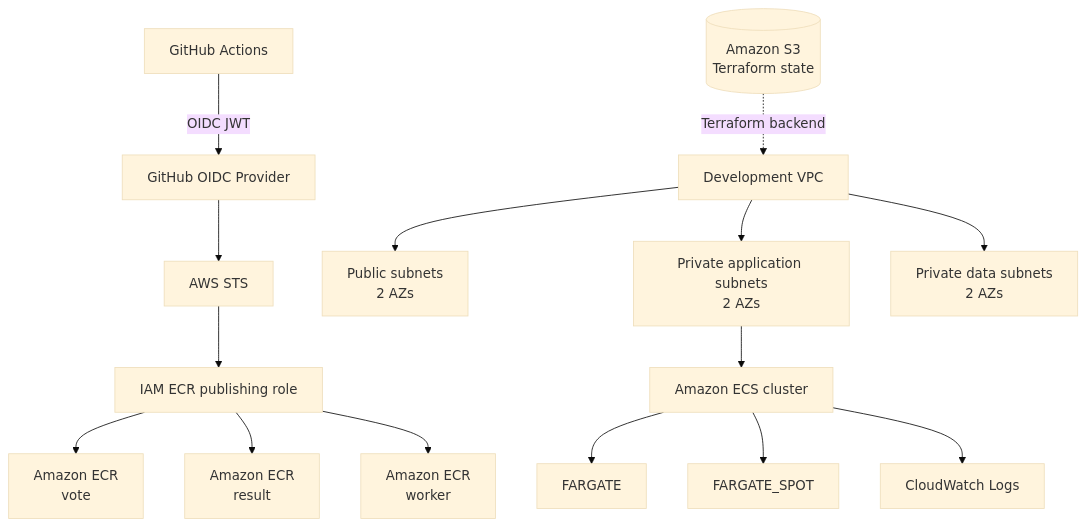
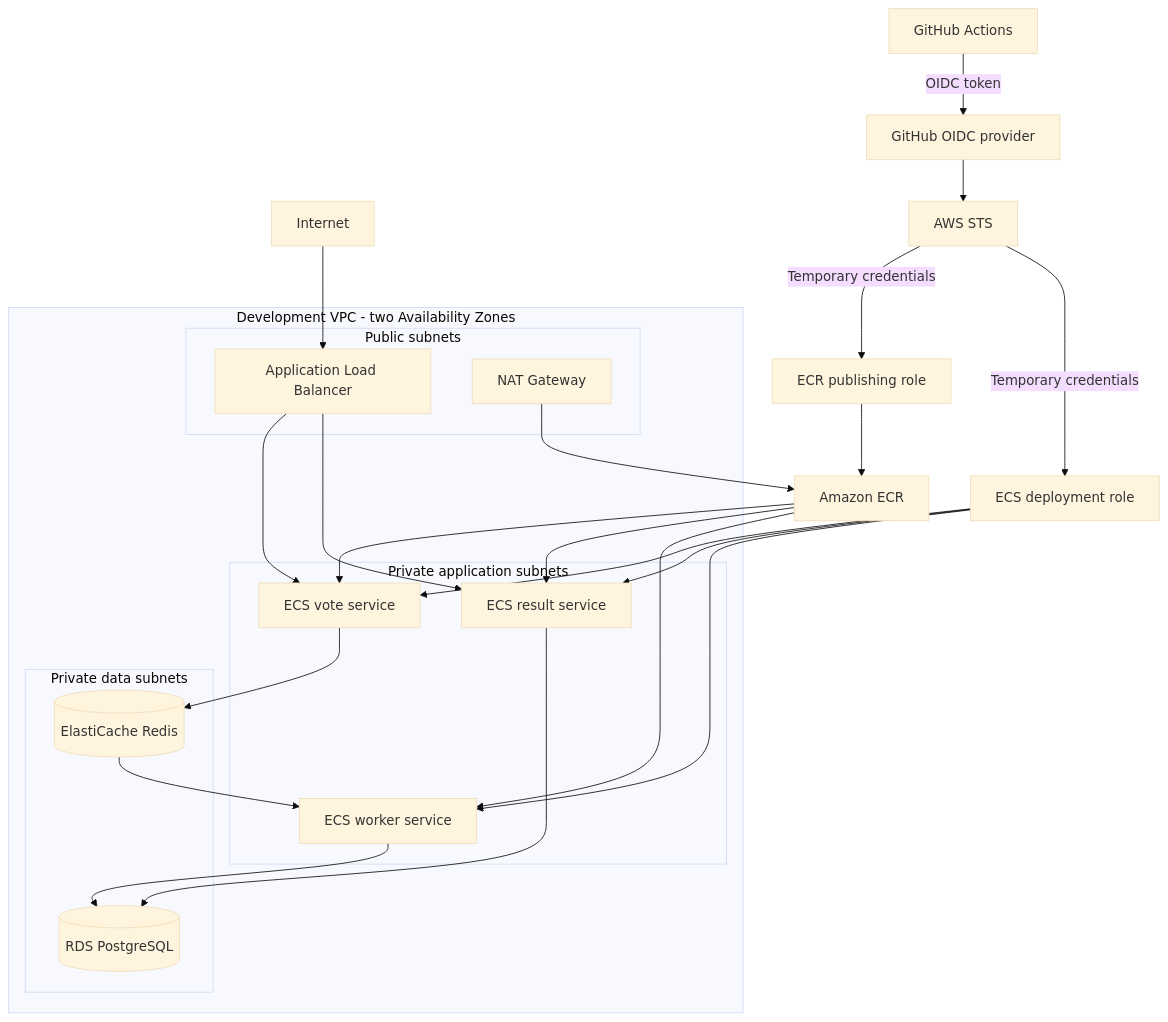
Before and after one commit to kxmyk/aws-voting-platform: the second of 2 diagrams in README.md, drawn with Mermaid (base theme). The commit also changed other lines of this file, not shown here.

````diff
--- a/README.md
+++ b/README.md
@@ -201,39 +200,48 @@
 ```mermaid
 flowchart TB
-    GitHub[GitHub Actions]
-    OIDC[GitHub OIDC Provider]
-    STS[AWS STS]
-    PublishRole[IAM ECR publishing role]
+    Internet["Internet"]
+    GitHub["GitHub Actions"]
+    OIDC["GitHub OIDC provider"]
+    STS["AWS STS"]
+    PublishRole["ECR publishing role"]
+    DeployRole["ECS deployment role"]
+    ECR["Amazon ECR"]
 
-    ECRVote[Amazon ECR<br/>vote]
-    ECRResult[Amazon ECR<br/>result]
-    ECRWorker[Amazon ECR<br/>worker]
+    subgraph VPC["Development VPC - two Availability Zones"]
+        subgraph Public["Public subnets"]
+            ALB["Application Load Balancer"]
+            NAT["NAT Gateway"]
+        end
 
-    State[(Amazon S3<br/>Terraform state)]
+        subgraph Application["Private application subnets"]
+            VoteTask["ECS vote service"]
+            ResultTask["ECS result service"]
+            WorkerTask["ECS worker service"]
+        end
 
-    VPC[Development VPC]
-    Public[Public subnets<br/>2 AZs]
-    App[Private application subnets<br/>2 AZs]
-    Data[Private data subnets<br/>2 AZs]
+        subgraph Data["Private data subnets"]
+            Redis[("ElastiCache Redis")]
+            RDS[("RDS PostgreSQL")]
+        end
+    end
 
-    ECS[Amazon ECS cluster]
-    Fargate[FARGATE]
-    Spot[FARGATE_SPOT]
-    Logs[CloudWatch Logs]
-
-    GitHub -->|OIDC JWT| OIDC
+    GitHub -->|"OIDC token"| OIDC
     OIDC --> STS
-    STS --> PublishRole
-    PublishRole --> ECRVote
-    PublishRole --> ECRResult
-    PublishRole --> ECRWorker
-
-    State -. Terraform backend .-> VPC
-    VPC --> Public
-    VPC --> App
-    VPC --> Data
-    App --> ECS
-    ECS --> Fargate
-    ECS --> Spot
-    ECS --> Logs
+    STS -->|"Temporary credentials"| PublishRole
+    STS -->|"Temporary credentials"| DeployRole
+    PublishRole --> ECR
+    DeployRole --> VoteTask
+    DeployRole --> ResultTask
+    DeployRole --> WorkerTask
+    Internet --> ALB
+    ALB --> VoteTask
+    ALB --> ResultTask
+    ECR --> VoteTask
+    ECR --> ResultTask
+    ECR --> WorkerTask
+    VoteTask --> Redis
+    Redis --> WorkerTask
+    WorkerTask --> RDS
+    ResultTask --> RDS
+    NAT --> ECR
 ```
````
